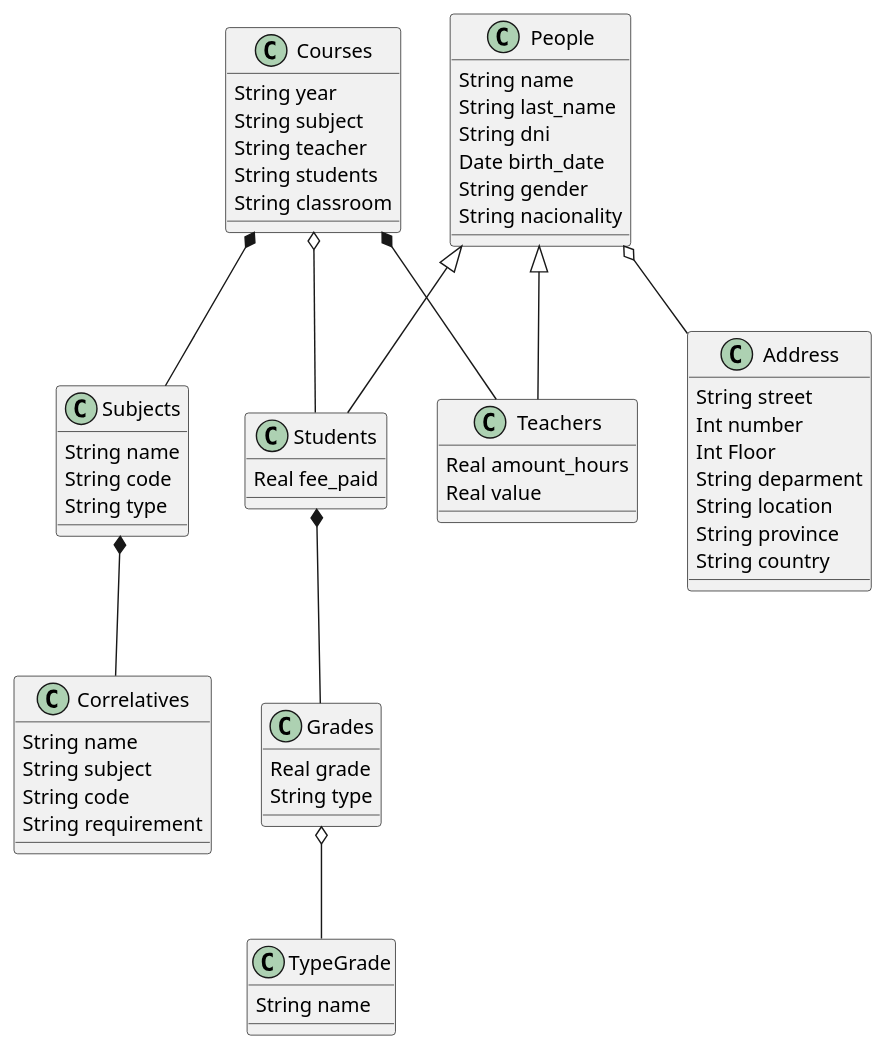
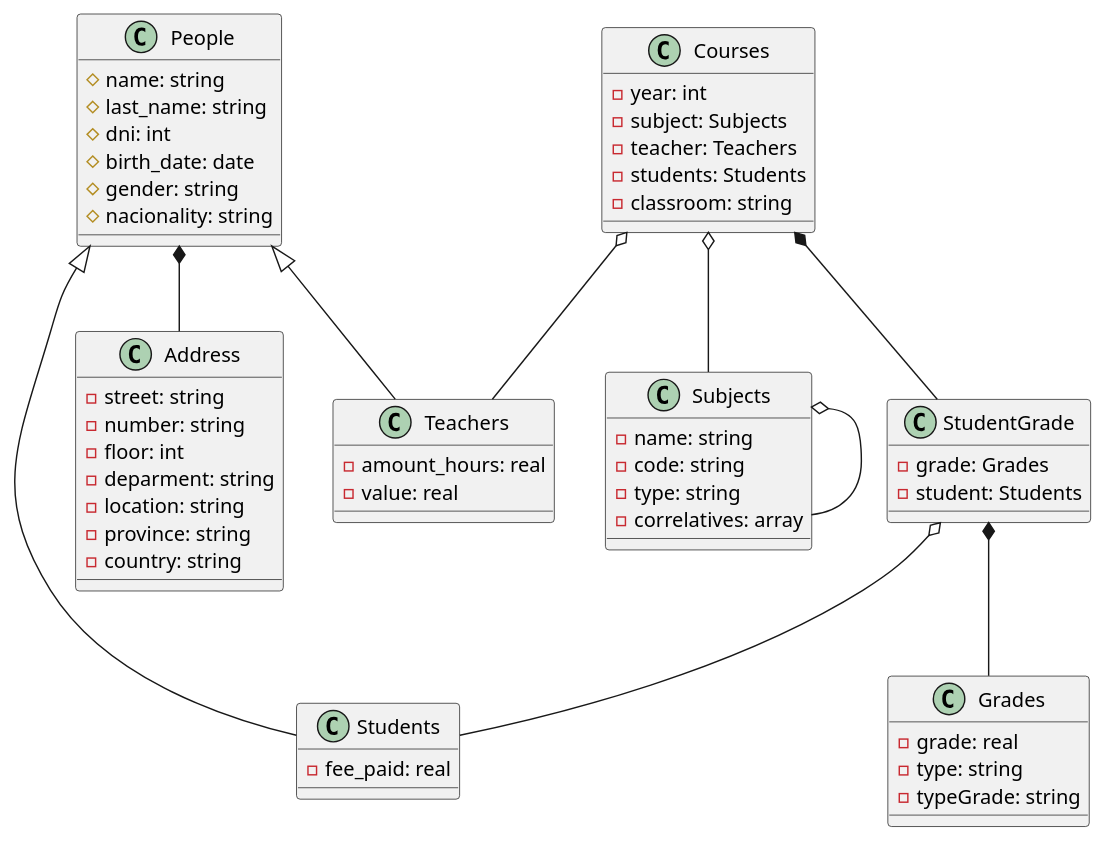
Before and after one commit to jfernancordova/usal: the diagram in paradigms/object_oriented/plantuml/seven.puml, drawn with PlantUML. The commit also changed 15 other files, not shown here.

Commit message:
Refactoring UML

```diff
--- a/paradigms/object_oriented/plantuml/seven.puml
+++ b/paradigms/object_oriented/plantuml/seven.puml
@@ -1,75 +1,72 @@
 @startuml
 
 class People {
-    String name
-    String last_name
-    String dni
-    Date birth_date
-    String gender
-    String nacionality
+    # name: string
+    # last_name: string
+    # dni: int
+    # birth_date: date 
+    # gender: string
+    # nacionality: string
 }
 
 class Students {
-    Real fee_paid
+    - fee_paid: real
 }
 
 class Teachers {
-    Real amount_hours
-    Real value
+    - amount_hours: real
+    - value: real
 }
 
 class Address {
-    String street
-    Int number
-    Int Floor 
-    String deparment 
-    String location 
-    String province 
-    String country
+    - street: string
+    - number: string
+    - floor: int
+    - deparment: string 
+    - location: string 
+    - province: string 
+    - country: string
 }
 
 class Subjects {
-    String name
-    String code 
-    String type
-}
-
-class Correlatives {
-    String name 
-    String subject
-    String code 
-    String requirement
+    - name: string
+    - code: string 
+    - type: string
+    - correlatives: array
 }
 
 class Courses {
-    String year
-    String subject
-    String teacher
-    String students 
-    String classroom
+    - year: int
+    - subject: Subjects
+    - teacher: Teachers
+    - students: Students
+    - classroom: string
+}
+
+class StudentGrade {
+    - grade: Grades
+    - student: Students
 }
 
 class Grades {
-    Real grade 
-    String type
-}
-
-class TypeGrade {
-    String name
+    - grade: real 
+    - type: string
+    - typeGrade: string
 }
 
 People <|-- Students
 People <|-- Teachers
-People o-- Address
 
-Subjects *-- Correlatives
+People *-- Address
 
-Courses *-- Subjects
-Courses o-- Students
-Courses *-- Teachers
+Subjects o-- Subjects
 
-Students *-- Grades
+Courses o-- Subjects
+Courses o-- Teachers
 
-Grades o-- TypeGrade
+Courses *-- StudentGrade
+StudentGrade *-- Grades
+StudentGrade o-- Students
+
 
 @enduml
```
